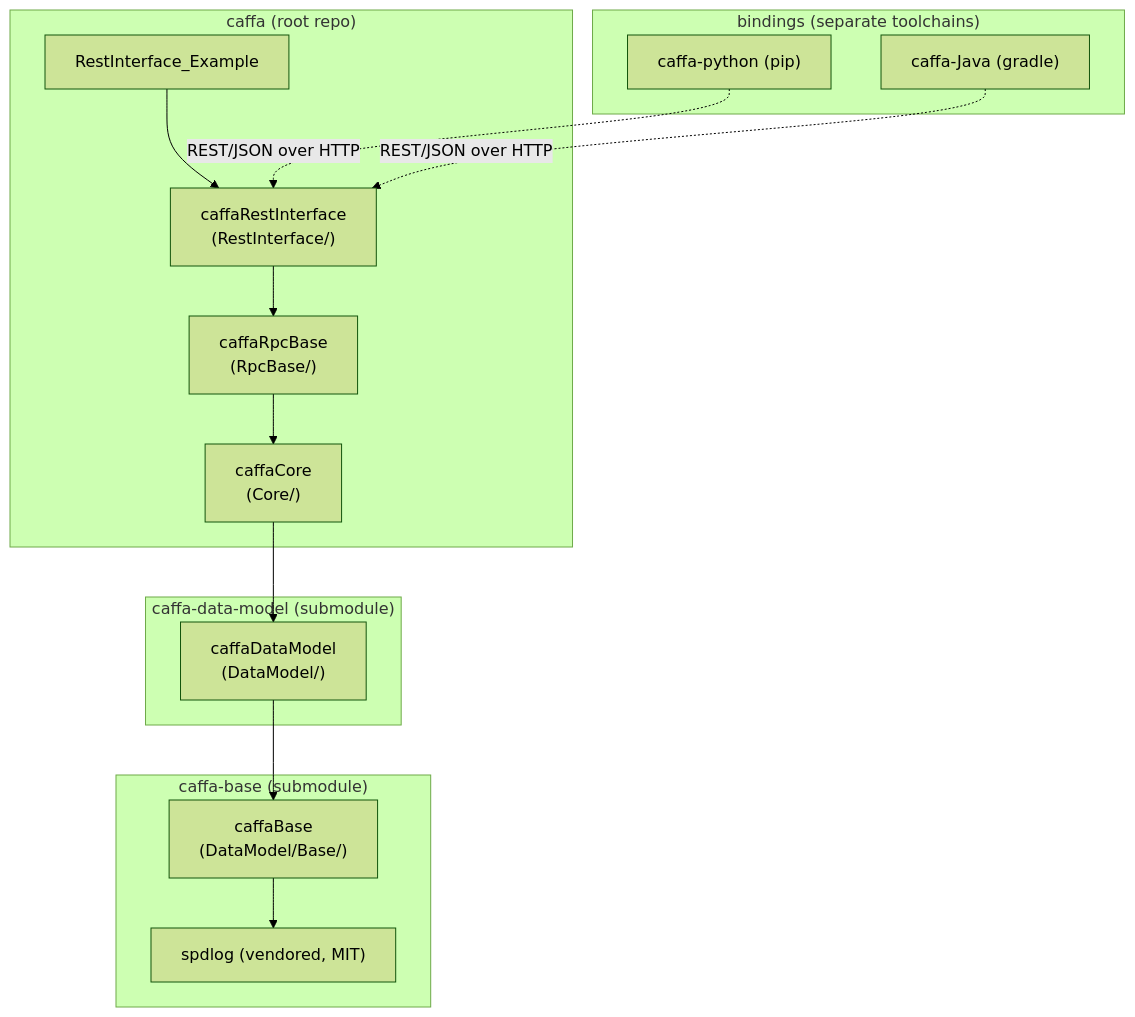
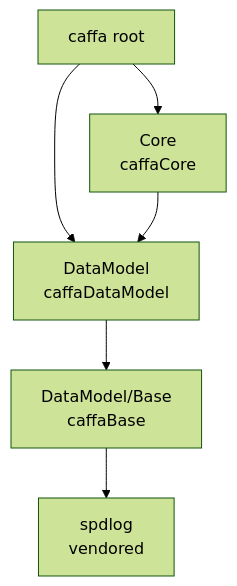
One commit to lindkvis/caffa changed the first of 5 diagrams in docs/caffa_architecture.md. Above: the diagram before and after it, drawn with Mermaid (forest theme). The commit also changed other lines of this file and 69 other files, not shown here.

First line of the commit message:
Get rid of REST-interface and refocus Caffa to be about introspection and serialisation only

````diff
--- a/docs/caffa_architecture.md
+++ b/docs/caffa_architecture.md
@@ -84,29 +22,14 @@
 ```mermaid
-graph TD
-    subgraph rootrepo["caffa (root repo)"]
-        Core["caffaCore<br/>(Core/)"]
-        RpcBase["caffaRpcBase<br/>(RpcBase/)"]
-        Rest["caffaRestInterface<br/>(RestInterface/)"]
-        Example["RestInterface_Example"]
-    end
-    subgraph dmrepo["caffa-data-model (submodule)"]
-        DataModel["caffaDataModel<br/>(DataModel/)"]
-    end
-    subgraph baserepo["caffa-base (submodule)"]
-        Base["caffaBase<br/>(DataModel/Base/)"]
-        spdlog["spdlog (vendored, MIT)"]
-    end
-    subgraph bindings["bindings (separate toolchains)"]
-        Py["caffa-python (pip)"]
-        Java["caffa-Java (gradle)"]
-    end
+flowchart TD
+    Caffa["caffa root"]
+    Core["Core<br/>caffaCore"]
+    DataModel["DataModel<br/>caffaDataModel"]
+    Base["DataModel/Base<br/>caffaBase"]
+    Spdlog["spdlog<br/>vendored"]
 
-    Base --> spdlog
+    Caffa --> Core
+    Caffa --> DataModel
     DataModel --> Base
+    Base --> Spdlog
     Core --> DataModel
-    RpcBase --> Core
-    Rest --> RpcBase
-    Example --> Rest
-    Py -. "REST/JSON over HTTP" .-> Rest
-    Java -. "REST/JSON over HTTP" .-> Rest
 ```
````
